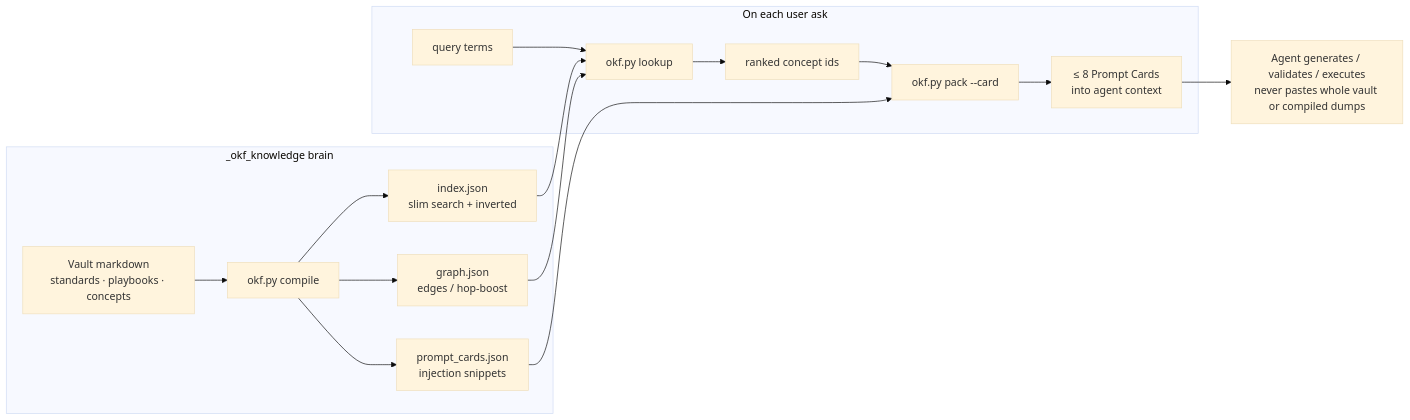
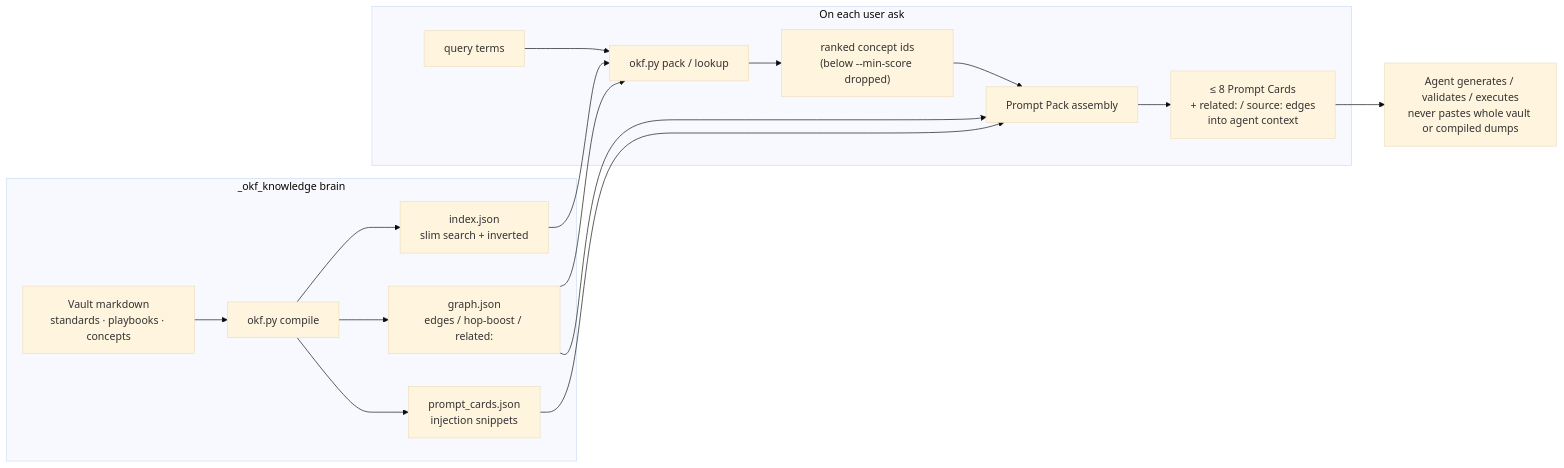
Before and after one commit to ravichandrapatel/aegis-system: the second of 2 diagrams in docs/01-overview.md, drawn with Mermaid (base theme). The commit also changed other lines of this file and 137 other files, not shown here.

````diff
--- a/docs/01-overview.md
+++ b/docs/01-overview.md
@@ -83,23 +86,24 @@
 ```mermaid
 flowchart LR
   subgraph Brain["_okf_knowledge brain"]
     MD["Vault markdown<br/>standards · playbooks · concepts"]
     Comp["okf.py compile"]
     IDX["index.json<br/>slim search + inverted"]
-    GR["graph.json<br/>edges / hop-boost"]
+    GR["graph.json<br/>edges / hop-boost / related:"]
     PC["prompt_cards.json<br/>injection snippets"]
     MD --> Comp --> IDX & GR & PC
   end
 
   subgraph Request["On each user ask"]
-    Q["query terms"] --> LU["okf.py lookup"]
+    Q["query terms"] --> LU["okf.py pack / lookup"]
     IDX --> LU
     GR --> LU
-    LU --> Hits["ranked concept ids"]
-    Hits --> Pack["okf.py pack --card"]
+    LU --> Hits["ranked concept ids<br/>(below --min-score dropped)"]
+    Hits --> Pack["Prompt Pack assembly"]
     PC --> Pack
-    Pack --> Cards["≤ 8 Prompt Cards<br/>into agent context"]
+    GR --> Pack
+    Pack --> Cards["≤ 8 Prompt Cards<br/>+ related: / source: edges<br/>into agent context"]
   end
 
   Cards --> Agent["Agent generates / validates / executes<br/>never pastes whole vault or compiled dumps"]
 ```
````
